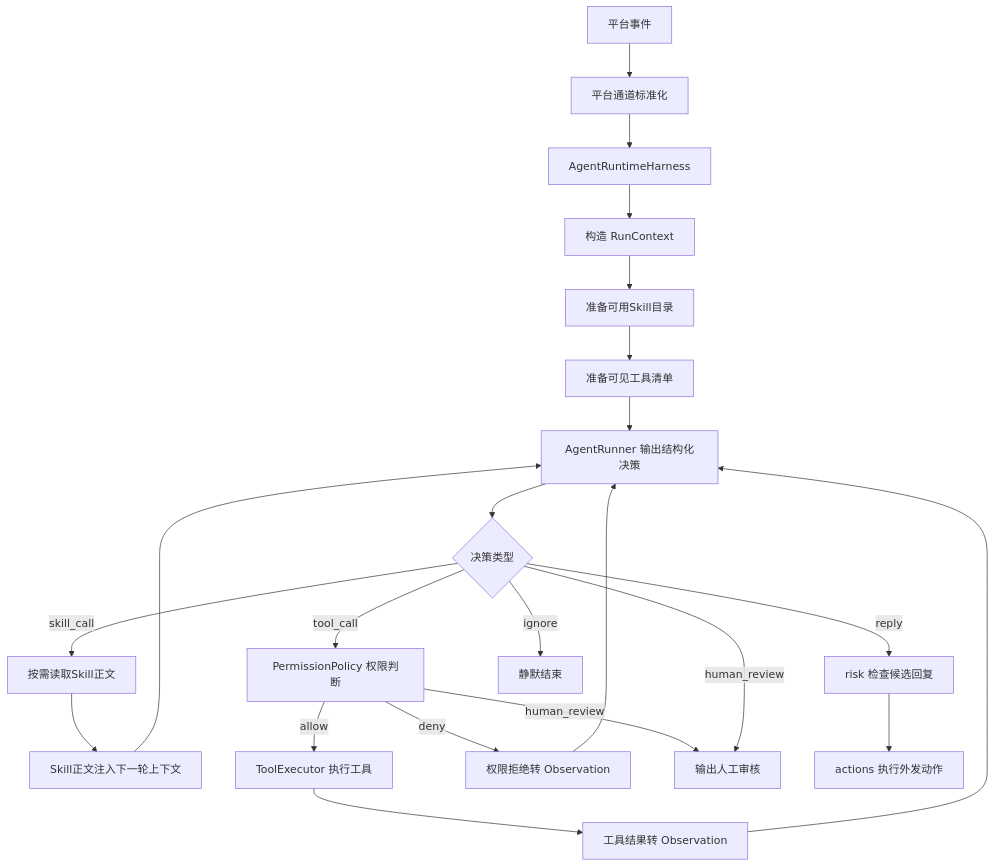
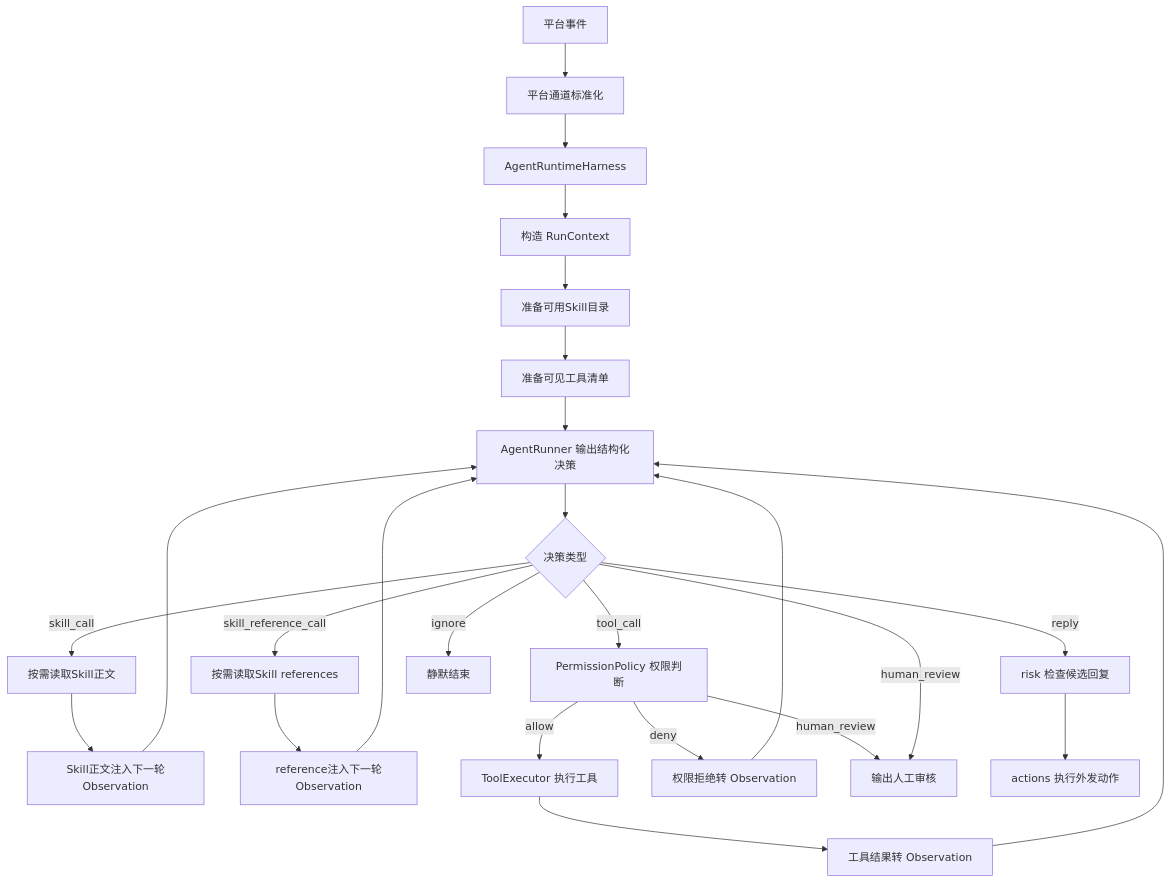
Before and after one commit to Yemomo511/ye-kitty: the diagram in design-docs/Agent/agent-runtime-harness.md, drawn with Mermaid. The commit also changed other lines of this file and 26 other files, not shown here.

````diff
--- a/design-docs/Agent/agent-runtime-harness.md
+++ b/design-docs/Agent/agent-runtime-harness.md
@@ -34,24 +35,27 @@
 ```mermaid
 flowchart TD
   PlatformEvent["平台事件"] --> PlatformChannel["平台通道标准化"]
   PlatformChannel --> Harness["AgentRuntimeHarness"]
   Harness --> Context["构造 RunContext"]
   Context --> SkillCatalog["准备可用Skill目录"]
   SkillCatalog --> ToolRegistry["准备可见工具清单"]
   ToolRegistry --> Runner["AgentRunner 输出结构化决策"]
   Runner --> Decision{"决策类型"}
   Decision -->|skill_call| SkillLoad["按需读取Skill正文"]
-  SkillLoad --> SkillObservation["Skill正文注入下一轮上下文"]
+  SkillLoad --> SkillObservation["Skill正文注入下一轮Observation"]
   SkillObservation --> Runner
+  Decision -->|skill_reference_call| RefLoad["按需读取Skill references"]
+  RefLoad --> RefObservation["reference注入下一轮Observation"]
+  RefObservation --> Runner
   Decision -->|tool_call| Permission["PermissionPolicy 权限判断"]
   Permission -->|allow| ToolExecutor["ToolExecutor 执行工具"]
   ToolExecutor --> Observation["工具结果转 Observation"]
   Observation --> Runner
   Permission -->|deny| DenyObservation["权限拒绝转 Observation"]
   DenyObservation --> Runner
   Permission -->|human_review| HumanReview["输出人工审核"]
   Decision -->|reply| Risk["risk 检查候选回复"]
   Decision -->|ignore| FinalIgnore["静默结束"]
   Decision -->|human_review| HumanReview
   Risk --> Actions["actions 执行外发动作"]
 ```
````
